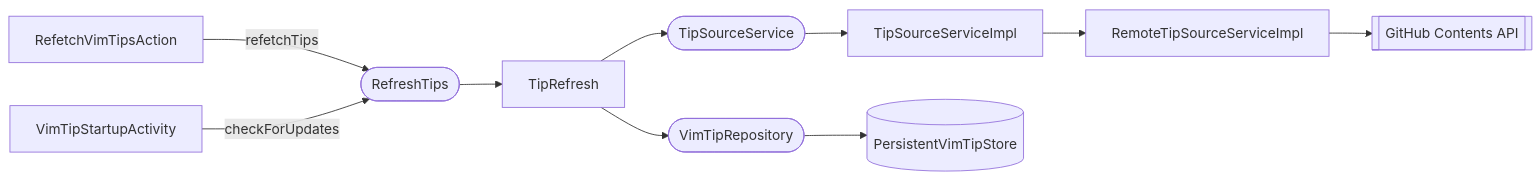
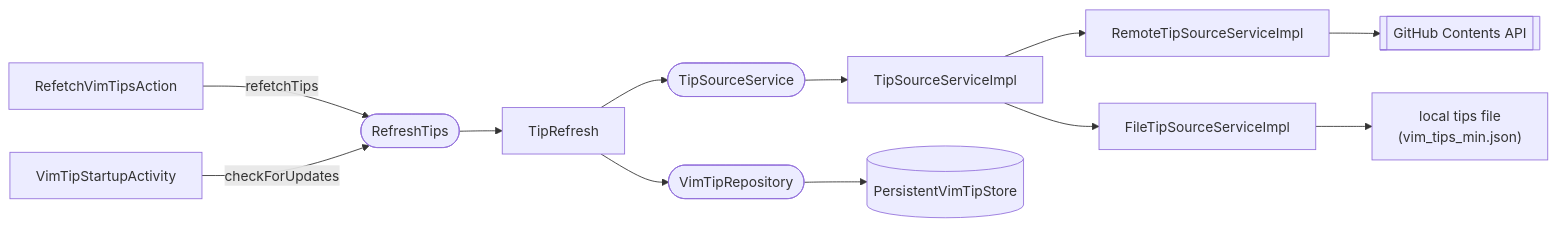
Before and after one commit to pooryam92/vim-coach: the diagram in docs/features/refresh-tips.md, drawn with Mermaid. The commit also changed other lines of this file and 17 other files, not shown here.

````diff
--- a/docs/features/refresh-tips.md
+++ b/docs/features/refresh-tips.md
@@ -7,12 +7,14 @@
 ```mermaid
 graph LR
     A1[RefetchVimTipsAction] -->|refetchTips| B
     A2[VimTipStartupActivity] -->|checkForUpdates| B
     B([RefreshTips]) --> C[TipRefresh]
     C --> D([TipSourceService])
     C --> E([VimTipRepository])
     D --> F[TipSourceServiceImpl]
     F --> G[RemoteTipSourceServiceImpl]
+    F --> J[FileTipSourceServiceImpl]
     G --> H[[GitHub Contents API]]
+    J --> K["local tips file\n(vim_tips_min.json)"]
     E --> I[(PersistentVimTipStore)]
 ```
````
